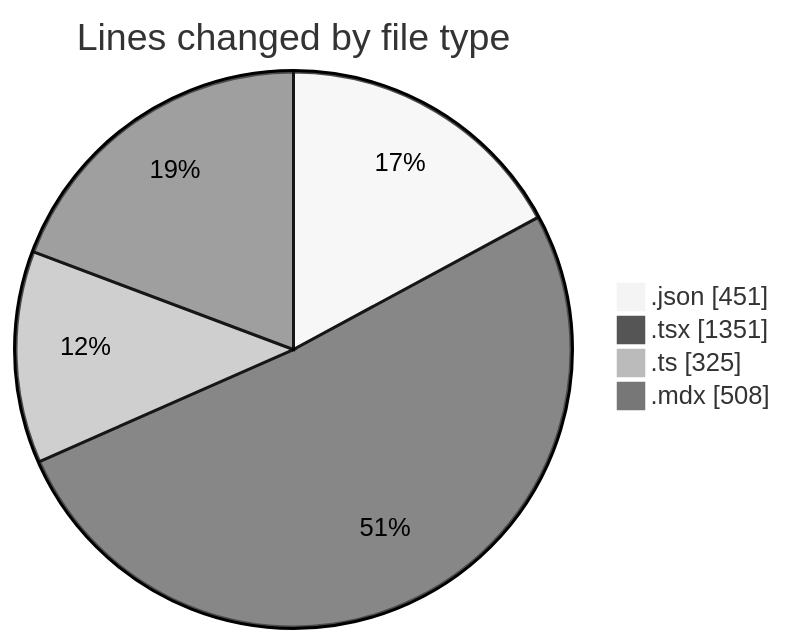
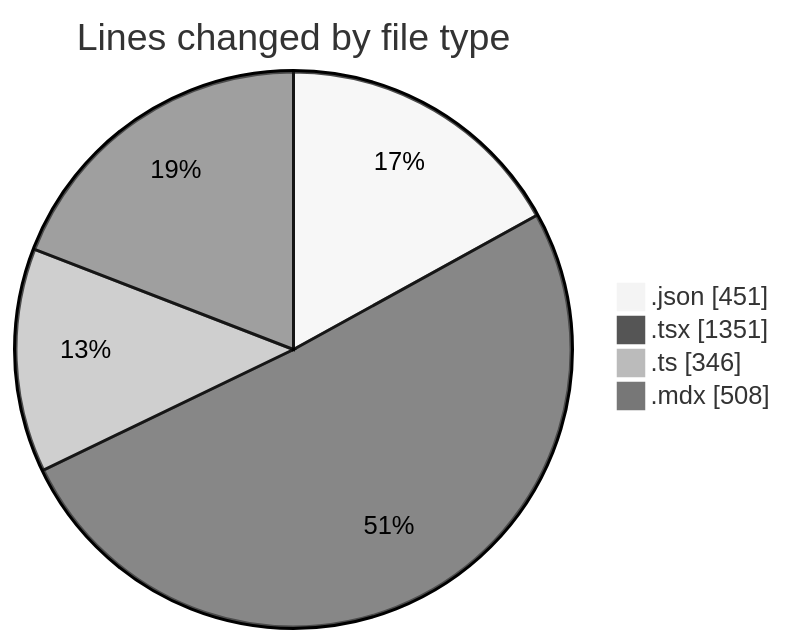
Before and after one commit to Elitesun/code-tracking: the first of 2 diagrams in 2025-05-01/niten/README.md, drawn with Mermaid (neutral theme). The commit also changed other lines of this file and 1 other file, not shown here.

````diff
--- a/2025-05-01/niten/README.md
+++ b/2025-05-01/niten/README.md
@@ -48,8 +48,8 @@
 ```mermaid
 pie showData
 title Lines changed by file type
 ".json" : 451
 ".tsx" : 1351
-".ts" : 325
+".ts" : 346
 ".mdx" : 508
 ```
````
